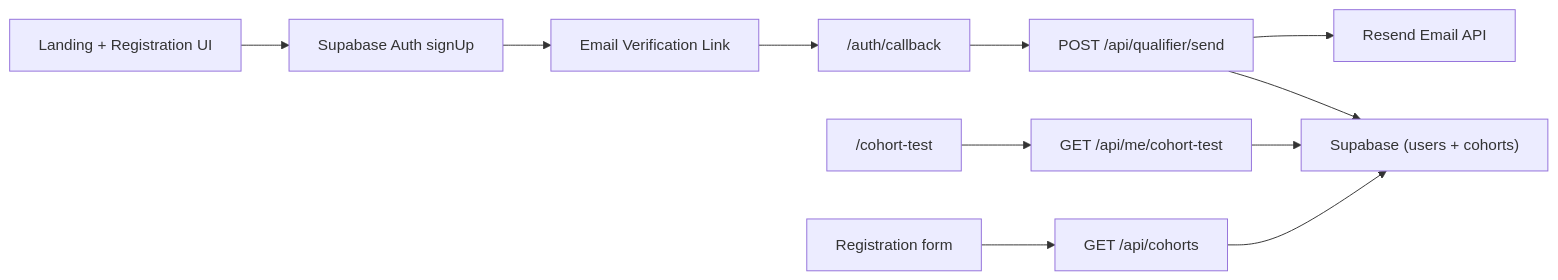
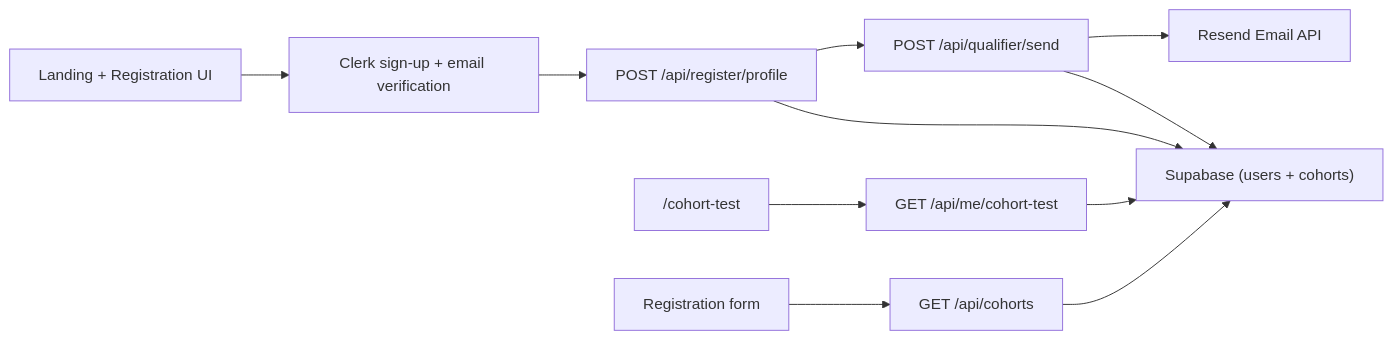
One commit to optern2025/OptCamp changed the diagram in README.md. Above: the diagram before and after it, drawn with Mermaid. The commit also changed other lines of this file and 19 other files, not shown here.

````diff
--- a/README.md
+++ b/README.md
@@ -20,13 +20,13 @@
 ```mermaid
 flowchart LR
-  A["Landing + Registration UI"] --> B["Supabase Auth signUp"]
-  B --> C["Email Verification Link"]
-  C --> D["/auth/callback"]
-  D --> E["POST /api/qualifier/send"]
-  E --> F["Supabase (users + cohorts)"]
-  E --> G["Resend Email API"]
-  H["/cohort-test"] --> I["GET /api/me/cohort-test"]
-  I --> F
-  J["Registration form"] --> K["GET /api/cohorts"]
-  K --> F
+  A["Landing + Registration UI"] --> B["Clerk sign-up + email verification"]
+  B --> C["POST /api/register/profile"]
+  C --> D["Supabase (users + cohorts)"]
+  C --> E["POST /api/qualifier/send"]
+  E --> D
+  E --> F["Resend Email API"]
+  G["/cohort-test"] --> H["GET /api/me/cohort-test"]
+  H --> D
+  I["Registration form"] --> J["GET /api/cohorts"]
+  J --> D
 ```
````
